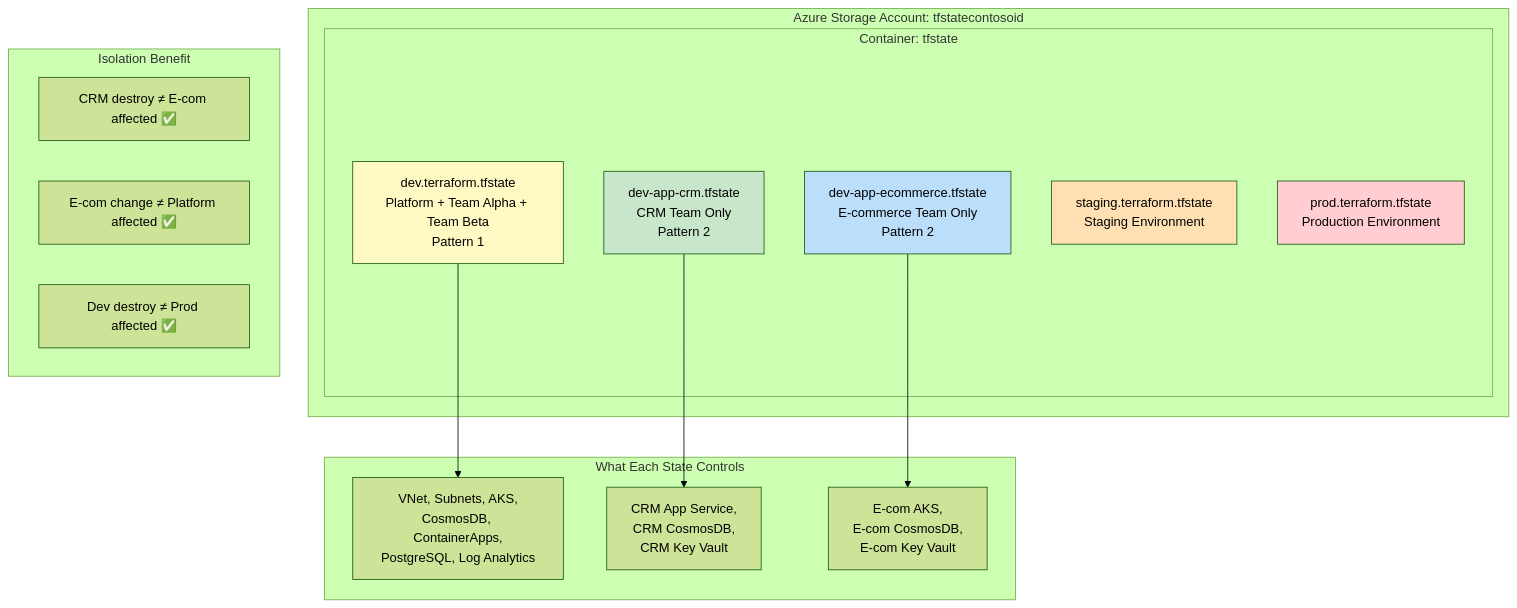
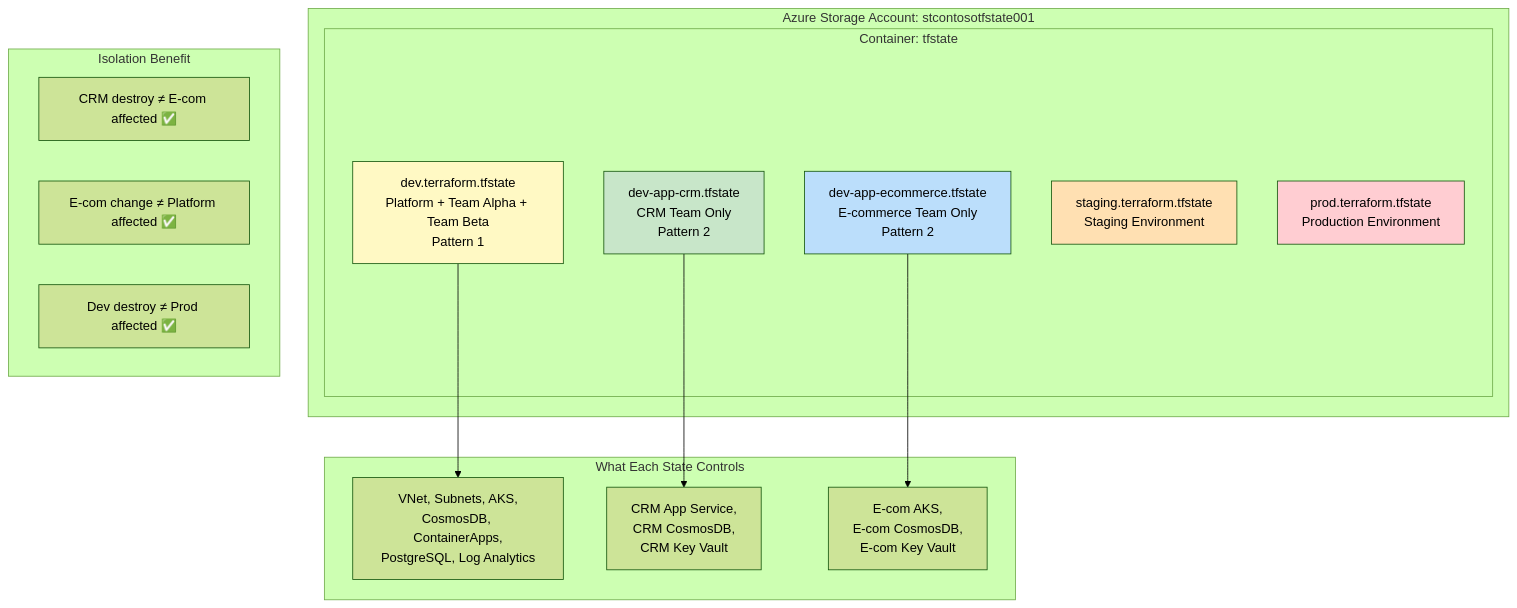
One commit to sandy-gunawan/demoterraform changed the eighth of 10 diagrams in docs/demo/06-DIAGRAMS.md. Above: the diagram before and after it, drawn with Mermaid (forest theme). The commit also changed other lines of this file and 53 other files, not shown here.

````diff
--- a/docs/demo/06-DIAGRAMS.md
+++ b/docs/demo/06-DIAGRAMS.md
@@ -361,30 +361,30 @@
 ```mermaid
 graph TB
-    subgraph "Azure Storage Account: tfstatecontosoid"
+    subgraph "Azure Storage Account: stcontosotfstate001"
         subgraph "Container: tfstate"
             S1[dev.terraform.tfstate<br/>Platform + Team Alpha + Team Beta<br/>Pattern 1]
             S2[dev-app-crm.tfstate<br/>CRM Team Only<br/>Pattern 2]
             S3[dev-app-ecommerce.tfstate<br/>E-commerce Team Only<br/>Pattern 2]
             S4[staging.terraform.tfstate<br/>Staging Environment]
             S5[prod.terraform.tfstate<br/>Production Environment]
         end
     end
 
     subgraph "What Each State Controls"
         S1 --> P1[VNet, Subnets, AKS,<br/>CosmosDB, ContainerApps,<br/>PostgreSQL, Log Analytics]
         S2 --> P2[CRM App Service,<br/>CRM CosmosDB,<br/>CRM Key Vault]
         S3 --> P3[E-com AKS,<br/>E-com CosmosDB,<br/>E-com Key Vault]
     end
 
     subgraph "Isolation Benefit"
         ISO1[CRM destroy ≠ E-com affected ✅]
         ISO2[E-com change ≠ Platform affected ✅]
         ISO3[Dev destroy ≠ Prod affected ✅]
     end
 
     style S1 fill:#FFF9C4
     style S2 fill:#C8E6C9
     style S3 fill:#BBDEFB
     style S4 fill:#FFE0B2
     style S5 fill:#FFCDD2
 ```
````
